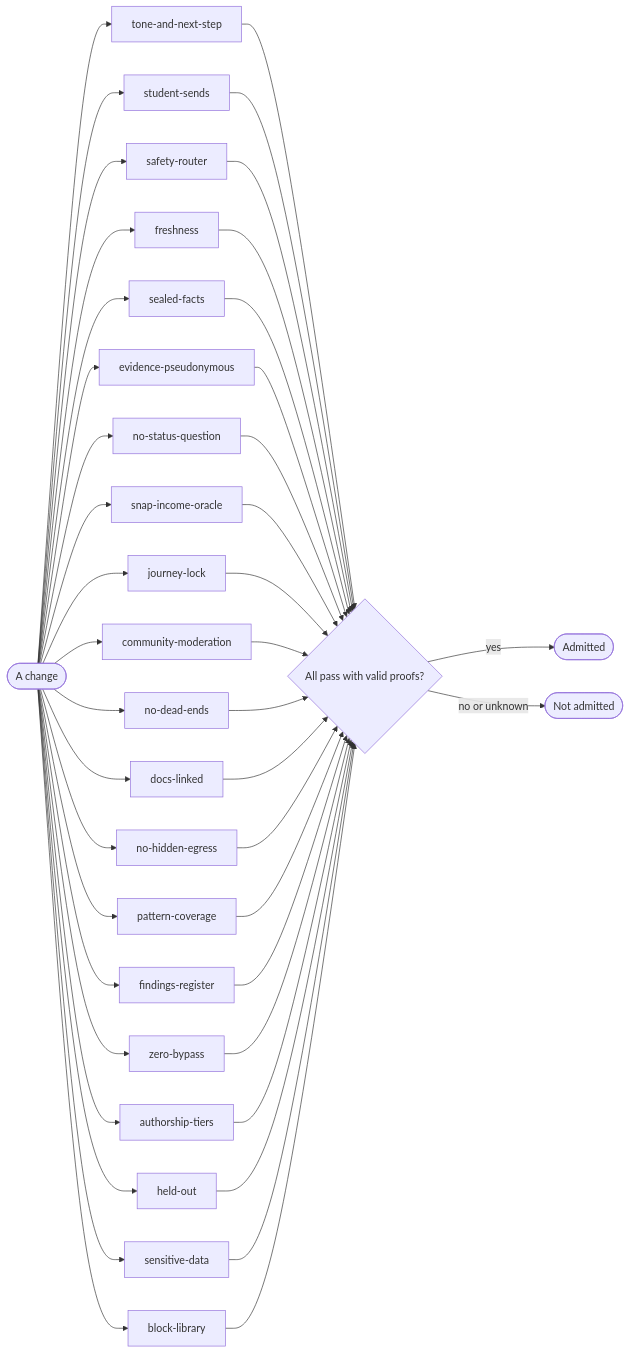
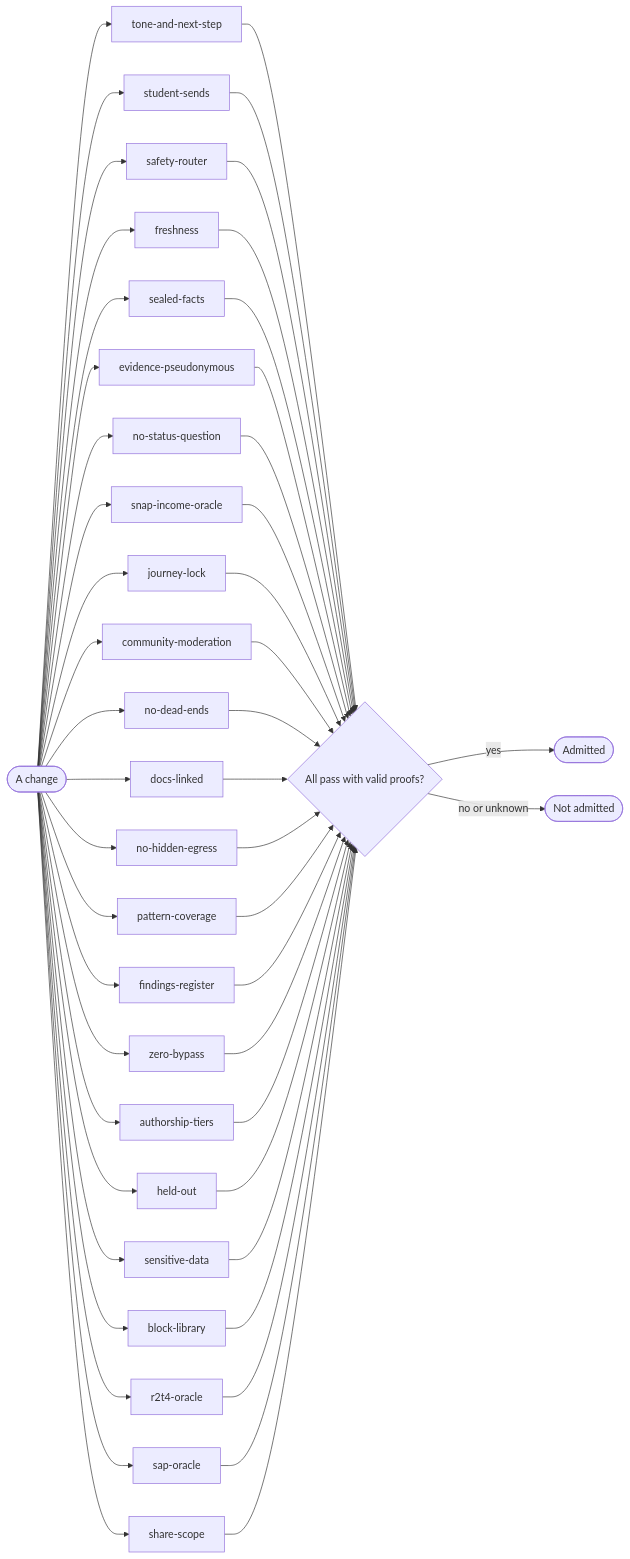
The diagram in docs/testing/gates.md (russlittle/ZTHR), drawn with Mermaid before and after one commit. The commit also changed other lines of this file and 573 other files, not shown here.

````diff
--- a/docs/testing/gates.md
+++ b/docs/testing/gates.md
@@ -8,26 +8,29 @@
 ```mermaid
 flowchart LR
   tone_and_next_step["tone-and-next-step"]
   student_sends["student-sends"]
   safety_router["safety-router"]
   freshness["freshness"]
   sealed_facts["sealed-facts"]
   evidence_pseudonymous["evidence-pseudonymous"]
   no_status_question["no-status-question"]
   snap_income_oracle["snap-income-oracle"]
   journey_lock["journey-lock"]
   community_moderation["community-moderation"]
   no_dead_ends["no-dead-ends"]
   docs_linked["docs-linked"]
   no_hidden_egress["no-hidden-egress"]
   pattern_coverage["pattern-coverage"]
   findings_register["findings-register"]
   zero_bypass["zero-bypass"]
   authorship_tiers["authorship-tiers"]
   held_out["held-out"]
   sensitive_data["sensitive-data"]
   block_library["block-library"]
-  change([A change]) --> tone_and_next_step & student_sends & safety_router & freshness & sealed_facts & evidence_pseudonymous & no_status_question & snap_income_oracle & journey_lock & community_moderation & no_dead_ends & docs_linked & no_hidden_egress & pattern_coverage & findings_register & zero_bypass & authorship_tiers & held_out & sensitive_data & block_library --> admit{All pass with valid proofs?}
+  r2t4_oracle["r2t4-oracle"]
+  sap_oracle["sap-oracle"]
+  share_scope["share-scope"]
+  change([A change]) --> tone_and_next_step & student_sends & safety_router & freshness & sealed_facts & evidence_pseudonymous & no_status_question & snap_income_oracle & journey_lock & community_moderation & no_dead_ends & docs_linked & no_hidden_egress & pattern_coverage & findings_register & zero_bypass & authorship_tiers & held_out & sensitive_data & block_library & r2t4_oracle & sap_oracle & share_scope --> admit{All pass with valid proofs?}
   admit -- yes --> ok([Admitted])
   admit -- no or unknown --> no([Not admitted])
 ```
````
